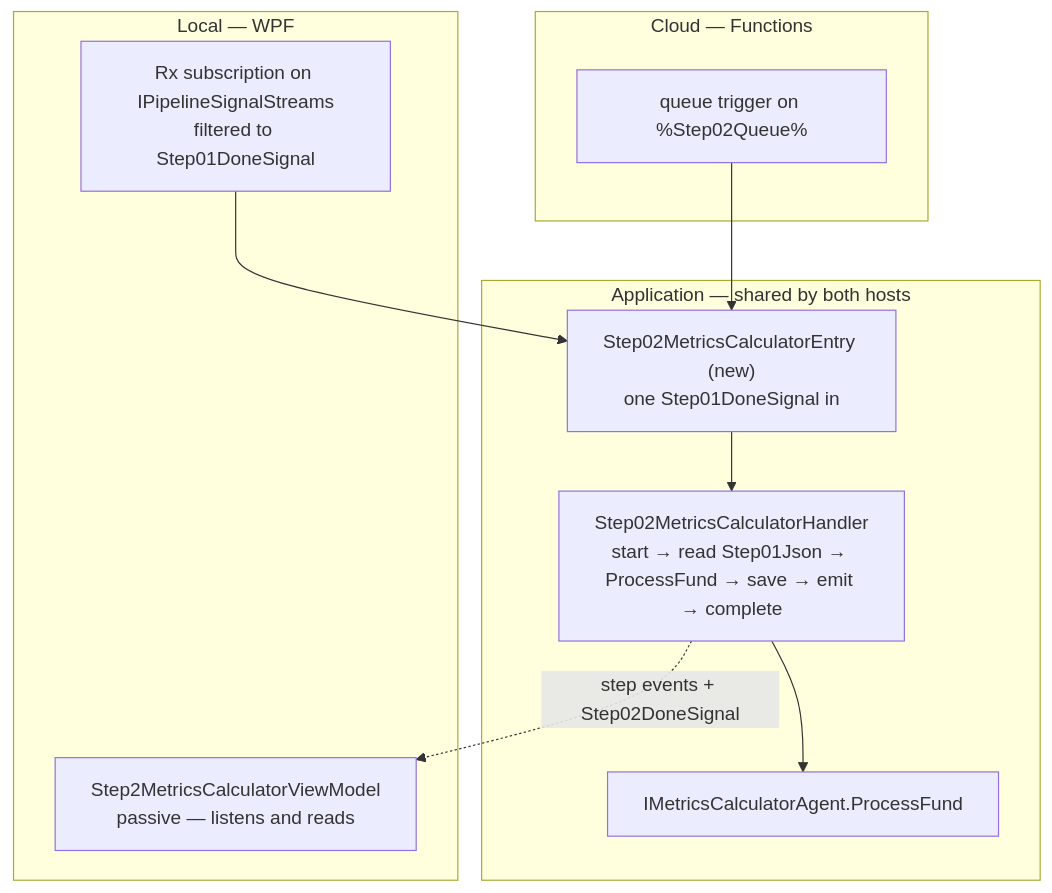
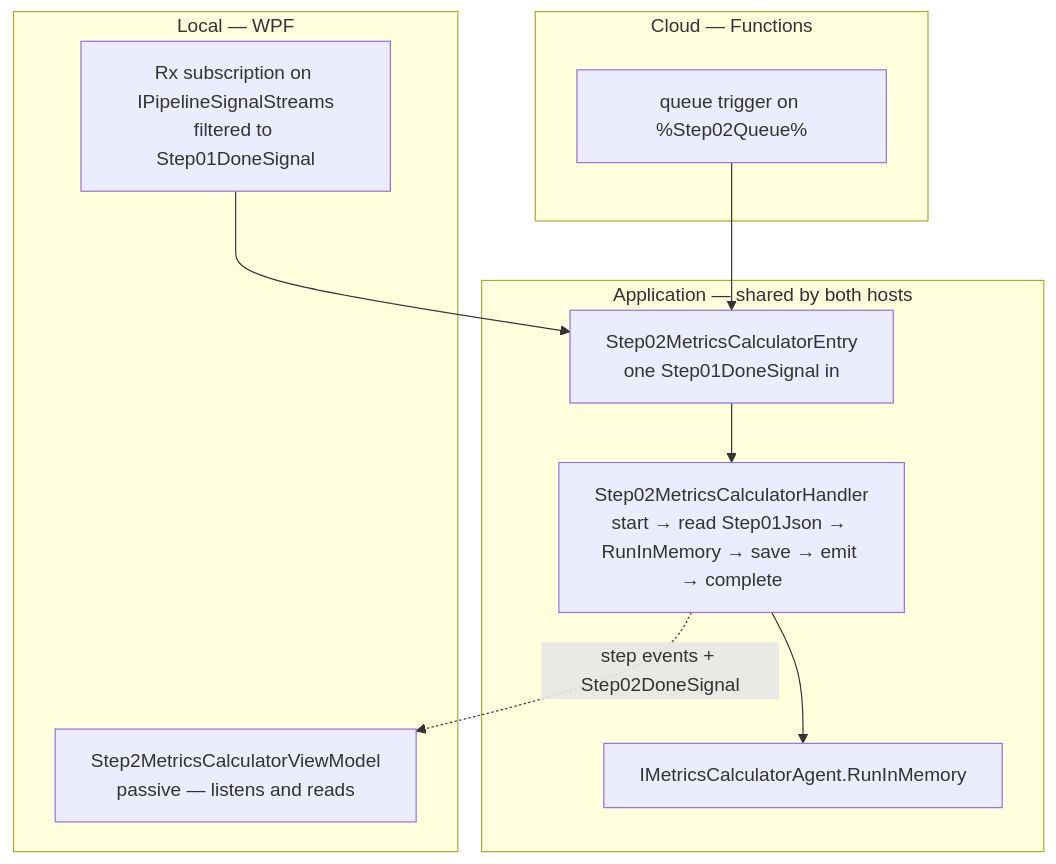
The first of 3 diagrams in Docs/pipeline-redesign/02-metricscalculator.md (Muhomorik/FikaFinans), drawn with Mermaid before and after one commit. The commit also changed other lines of this file and 10 other files, not shown here.

````diff
--- a/Docs/pipeline-redesign/02-metricscalculator.md
+++ b/Docs/pipeline-redesign/02-metricscalculator.md
@@ -142,19 +142,19 @@
 ```mermaid
 flowchart TB
   subgraph app["Application — shared by both hosts"]
-    door["Step02MetricsCalculatorEntry (new)<br/>one Step01DoneSignal in"]
-    h["Step02MetricsCalculatorHandler<br/>start → read Step01Json → ProcessFund → save → emit → complete"]
-    agent["IMetricsCalculatorAgent.ProcessFund"]
+    door["Step02MetricsCalculatorEntry<br/>one Step01DoneSignal in"]
+    h["Step02MetricsCalculatorHandler<br/>start → read Step01Json → RunInMemory → save → emit → complete"]
+    agent["IMetricsCalculatorAgent.RunInMemory"]
     door --> h --> agent
   end
   subgraph local["Local — WPF"]
     rx["Rx subscription on IPipelineSignalStreams<br/>filtered to Step01DoneSignal"]
     vm["Step2MetricsCalculatorViewModel<br/>passive — listens and reads"]
   end
   subgraph cloud["Cloud — Functions"]
     fn["queue trigger on %Step02Queue%"]
   end
   rx --> door
   fn --> door
   h -. "step events + Step02DoneSignal" .-> vm
 ```
````
